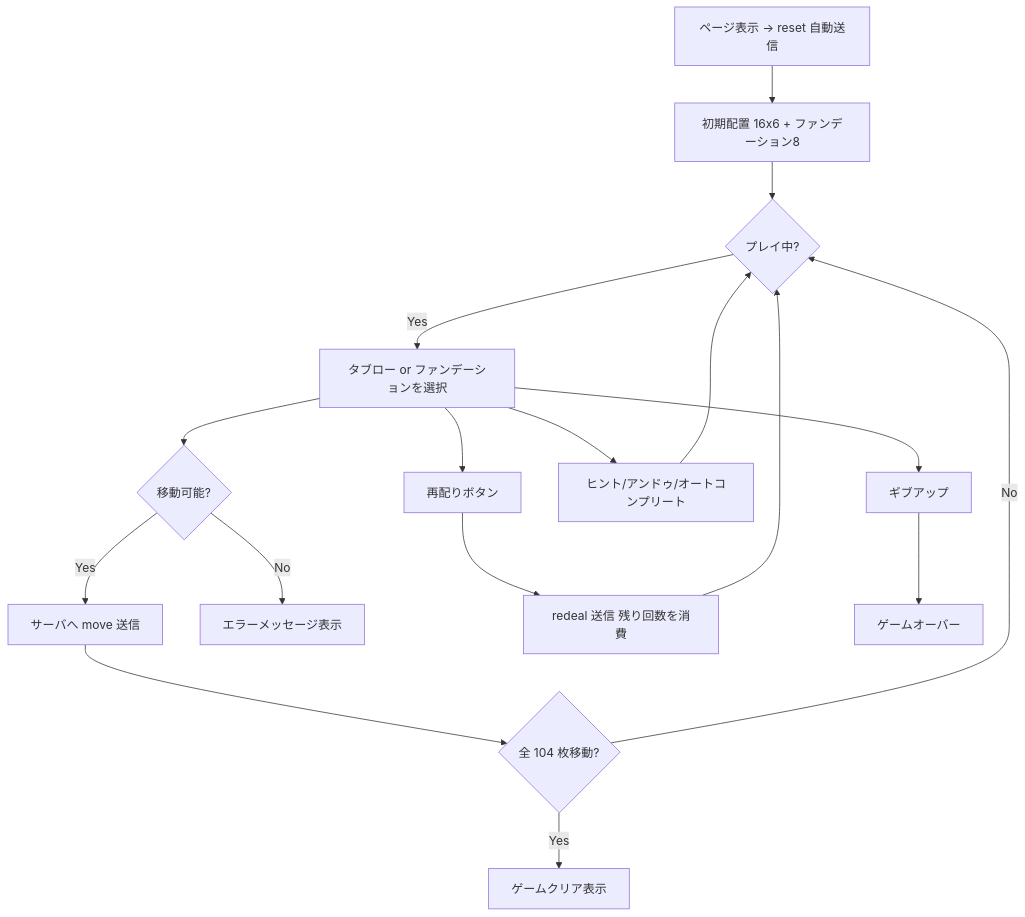
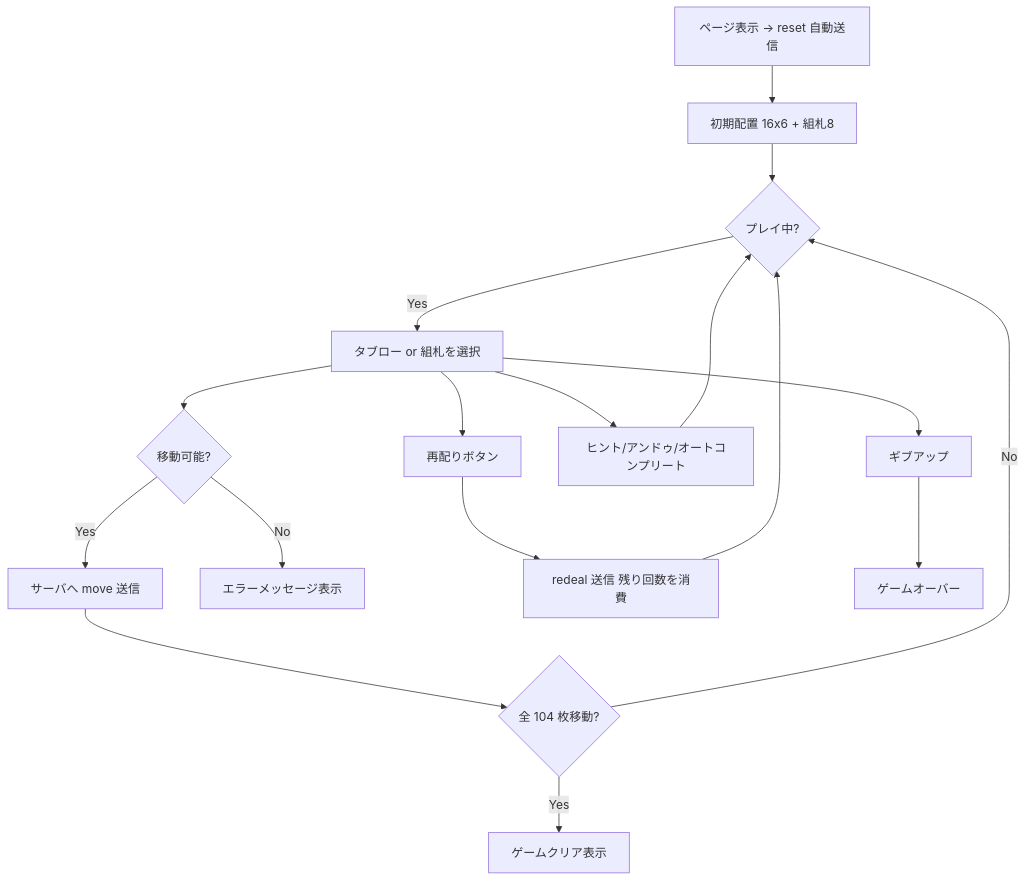
One commit to yuta-yoshinaga/go_trumpcards changed the diagram in docs/manual/web/crescent.md. Above: the diagram before and after it, drawn with Mermaid. The commit also changed other lines of this file and 49 other files, not shown here.

````diff
--- a/docs/manual/web/crescent.md
+++ b/docs/manual/web/crescent.md
@@ -46,19 +46,19 @@
 ```mermaid
 flowchart TD
-    A[ページ表示 -> reset 自動送信] --> B[初期配置 16x6 + ファンデーション8]
+    A[ページ表示 -> reset 自動送信] --> B[初期配置 16x6 + 組札8]
     B --> C{プレイ中?}
-    C -- Yes --> D[タブロー or ファンデーションを選択]
+    C -- Yes --> D[タブロー or 組札を選択]
     D --> E{移動可能?}
     E -- Yes --> F[サーバへ move 送信]
     E -- No --> G[エラーメッセージ表示]
     F --> H{全 104 枚移動?}
     H -- Yes --> I[ゲームクリア表示]
     H -- No --> C
     D --> J[再配りボタン]
     J --> K[redeal 送信 残り回数を消費]
     K --> C
     D --> L[ヒント/アンドゥ/オートコンプリート]
     L --> C
     D --> M[ギブアップ]
     M --> N[ゲームオーバー]
 ```
````
